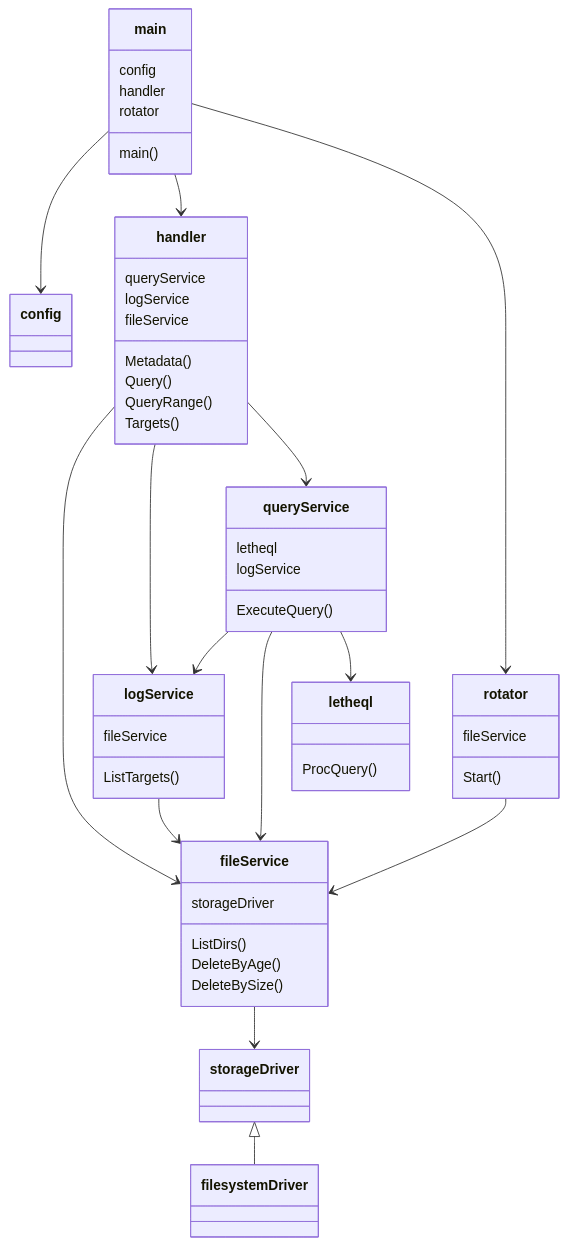
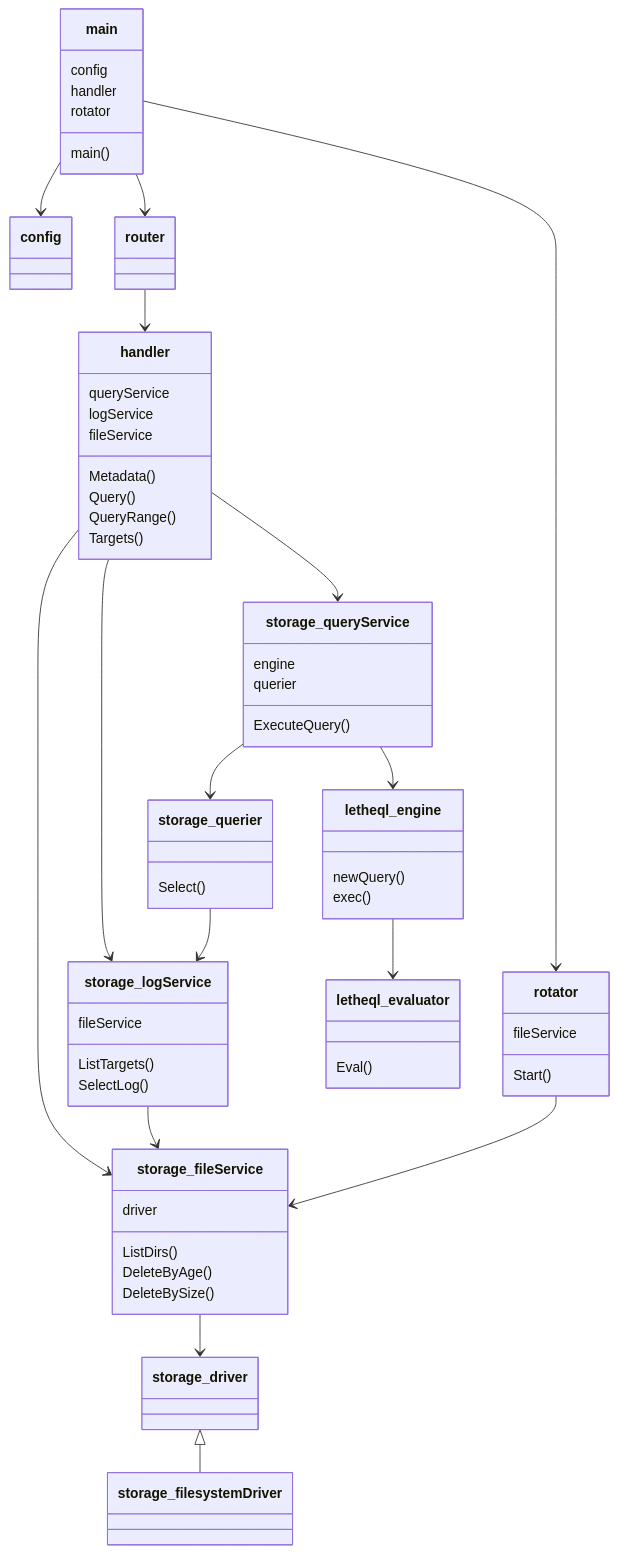
One commit to kuoss/lethe changed the diagram in docs/diagram.md. Above: the diagram before and after it, drawn with Mermaid.

````diff
--- a/docs/diagram.md
+++ b/docs/diagram.md
@@ -1,65 +1,81 @@
 ```mermaid
 classDiagram
 
 main --> config
-main --> handler
+main --> router
 main --> rotator
 
-handler --> fileService
-handler --> logService
-handler --> queryService
-rotator --> fileService
+router --> handler
 
-queryService --> logService
-queryService --> fileService
-queryService --> letheql
-logService --> fileService
-fileService --> storageDriver
+rotator --> storage_fileService
 
-storageDriver <|-- filesystemDriver
+handler --> storage_fileService
+handler --> storage_logService
+handler --> storage_queryService
+
+storage_querier --> storage_logService
+
+storage_queryService --> storage_querier
+storage_queryService --> letheql_engine
+storage_logService --> storage_fileService
+storage_fileService --> storage_driver
+
+letheql_engine --> letheql_evaluator
+
+storage_driver <|-- storage_filesystemDriver
 
 class main {
     config
     handler
     rotator
     main()
 }
 
 class rotator {
     fileService
     Start()
 }
 
 class handler {
     queryService
     logService
     fileService
     Metadata()
     Query()
     QueryRange()
     Targets()
 }
 
-class queryService {
-    letheql
-    logService
+class storage_querier {
+    Select()
+}
+
+class storage_queryService {
+    engine
+    querier
     ExecuteQuery()
 }
 
-class logService {
+class storage_logService {
     fileService
     ListTargets()
+    SelectLog()
 }
 
-class fileService {
-    storageDriver
+class storage_fileService {
+    driver
     ListDirs()
     DeleteByAge()
     DeleteBySize()
 }
 
 
-class letheql {
-    ProcQuery()
+class letheql_engine {
+    newQuery()
+    exec()
+}
+
+class letheql_evaluator {
+    Eval()
 }
 ```
````
